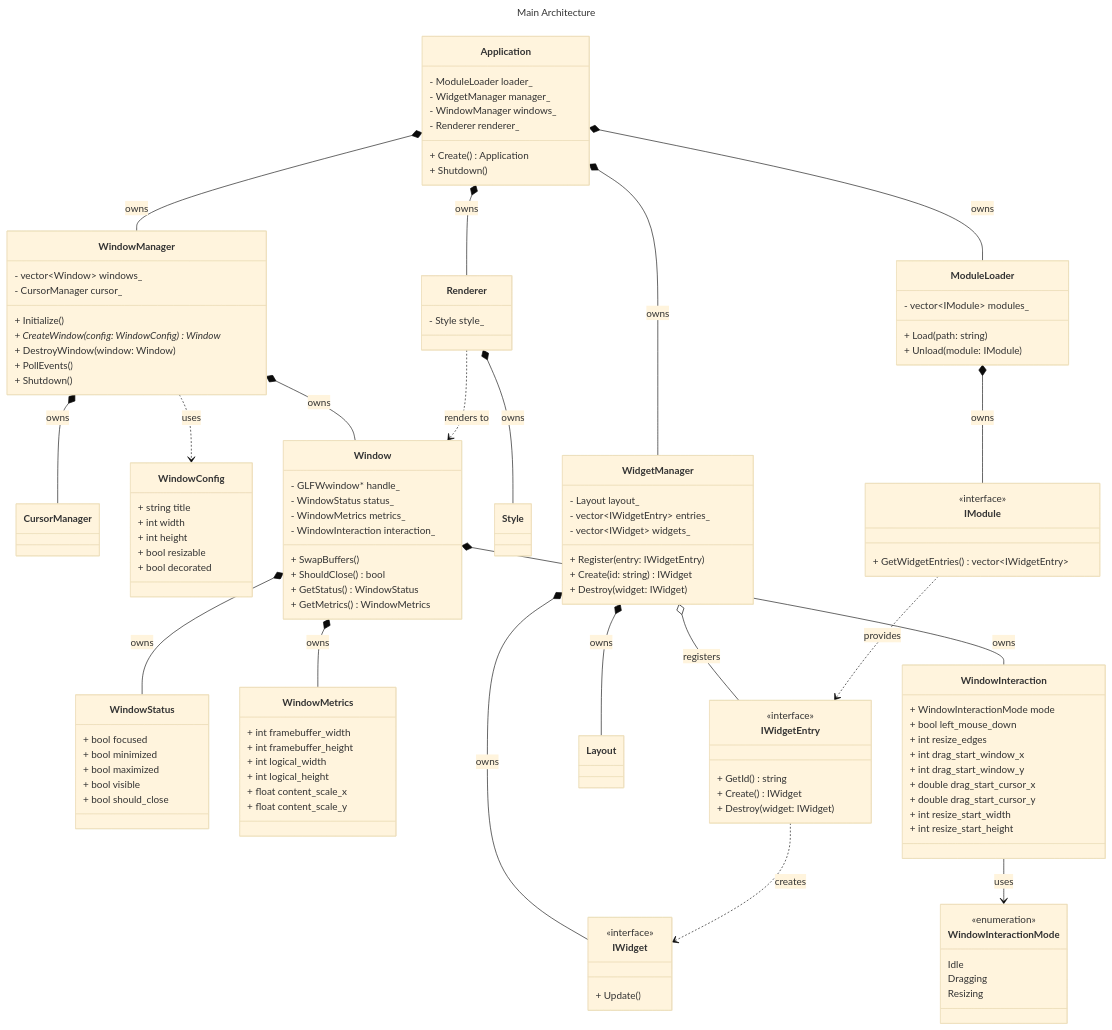
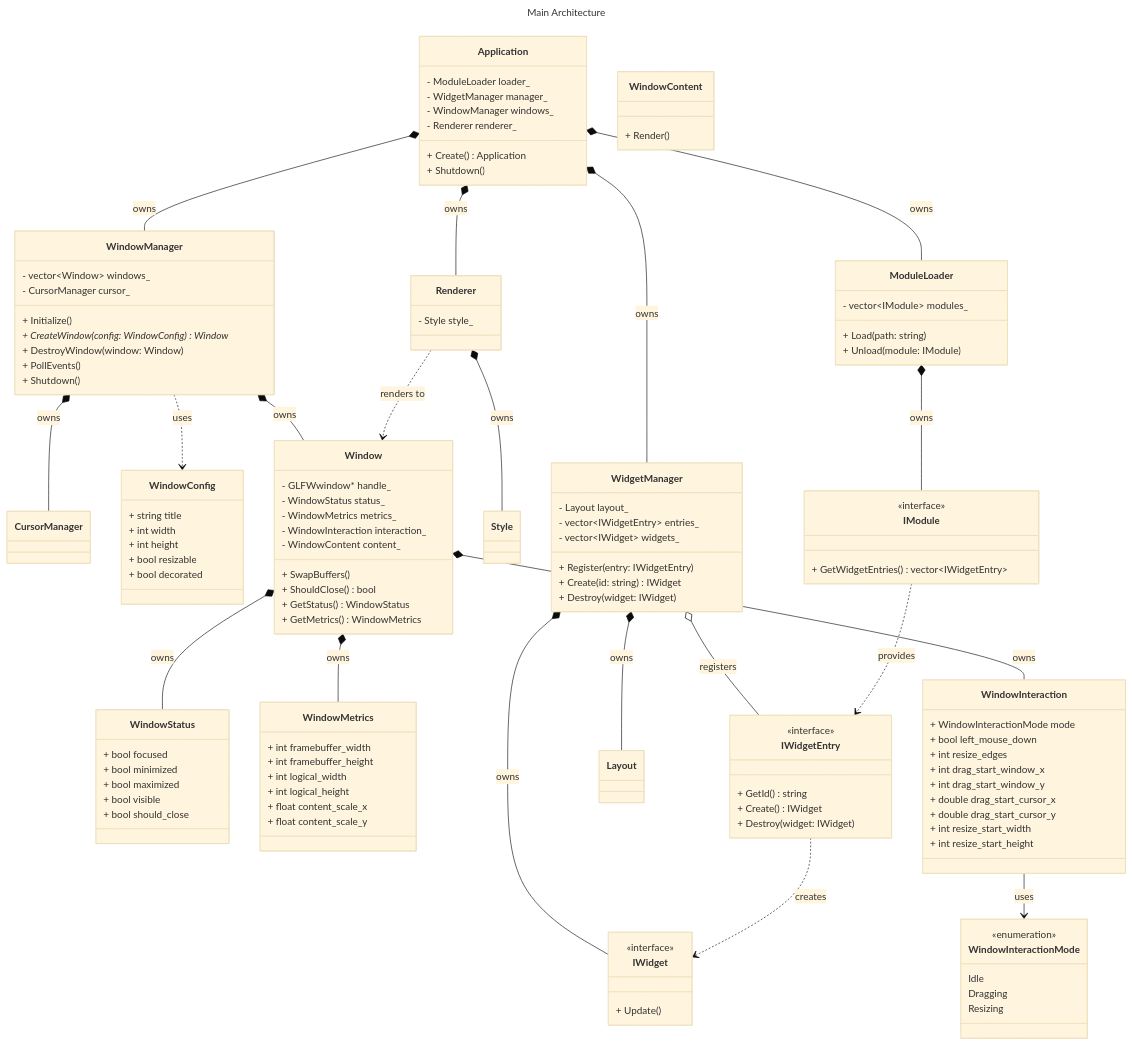
One commit to Arc-Asumity/broise changed the diagram in docs/UML.md. Above: the diagram before and after it, drawn with Mermaid (base theme). The commit also changed 7 other files, not shown here.

First line of the commit message:
refactor(window): split content

```diff
--- a/docs/UML.md
+++ b/docs/UML.md
@@ -42,10 +42,15 @@
     - WindowStatus status_
     - WindowMetrics metrics_
     - WindowInteraction interaction_
+    - WindowContent content_
     + SwapBuffers()
     + ShouldClose() bool
     + GetStatus() WindowStatus
     + GetMetrics() WindowMetrics
+}
+
+class WindowContent {
+    + Render()
 }
 
 class WindowStatus {
```
